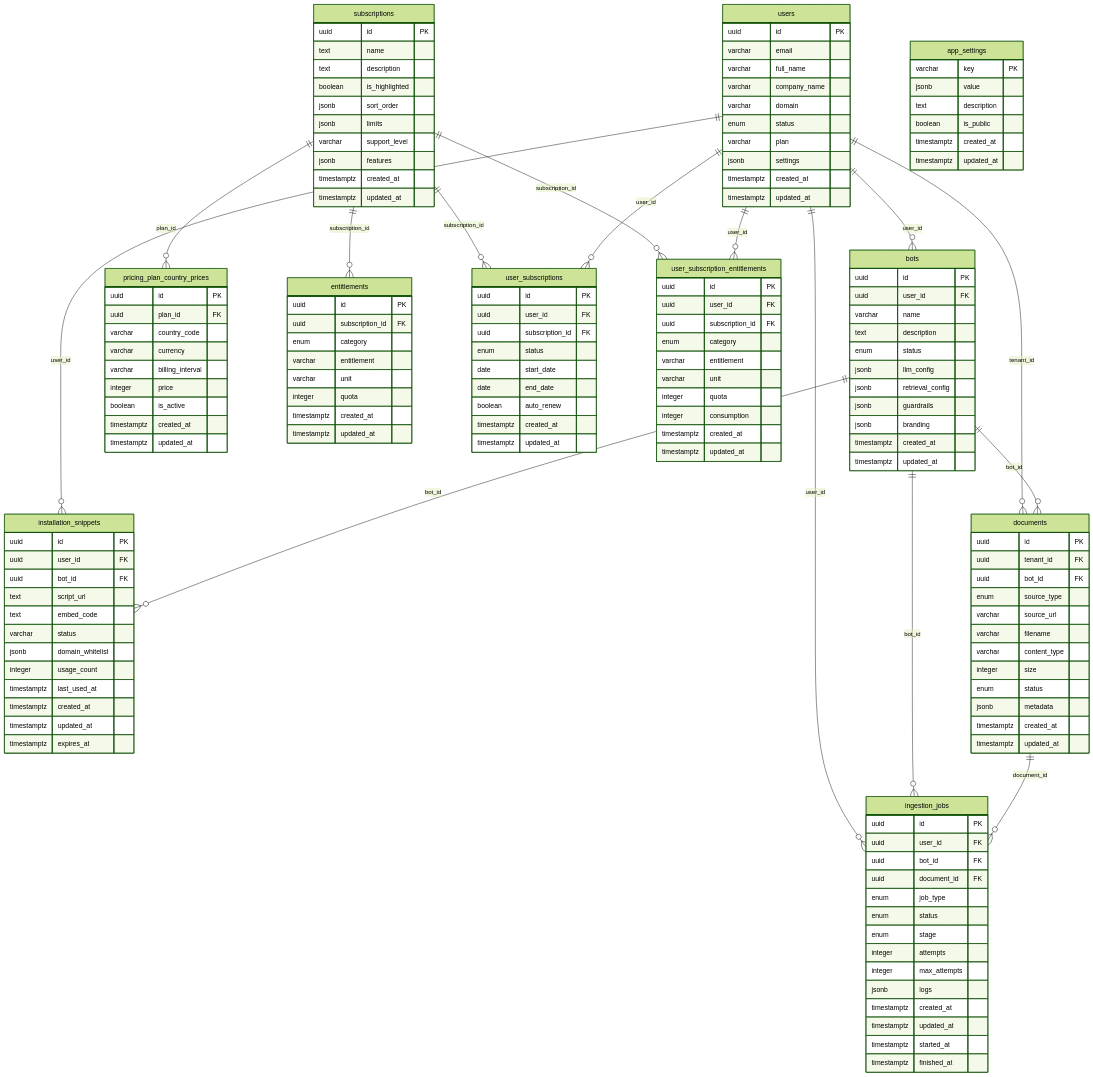
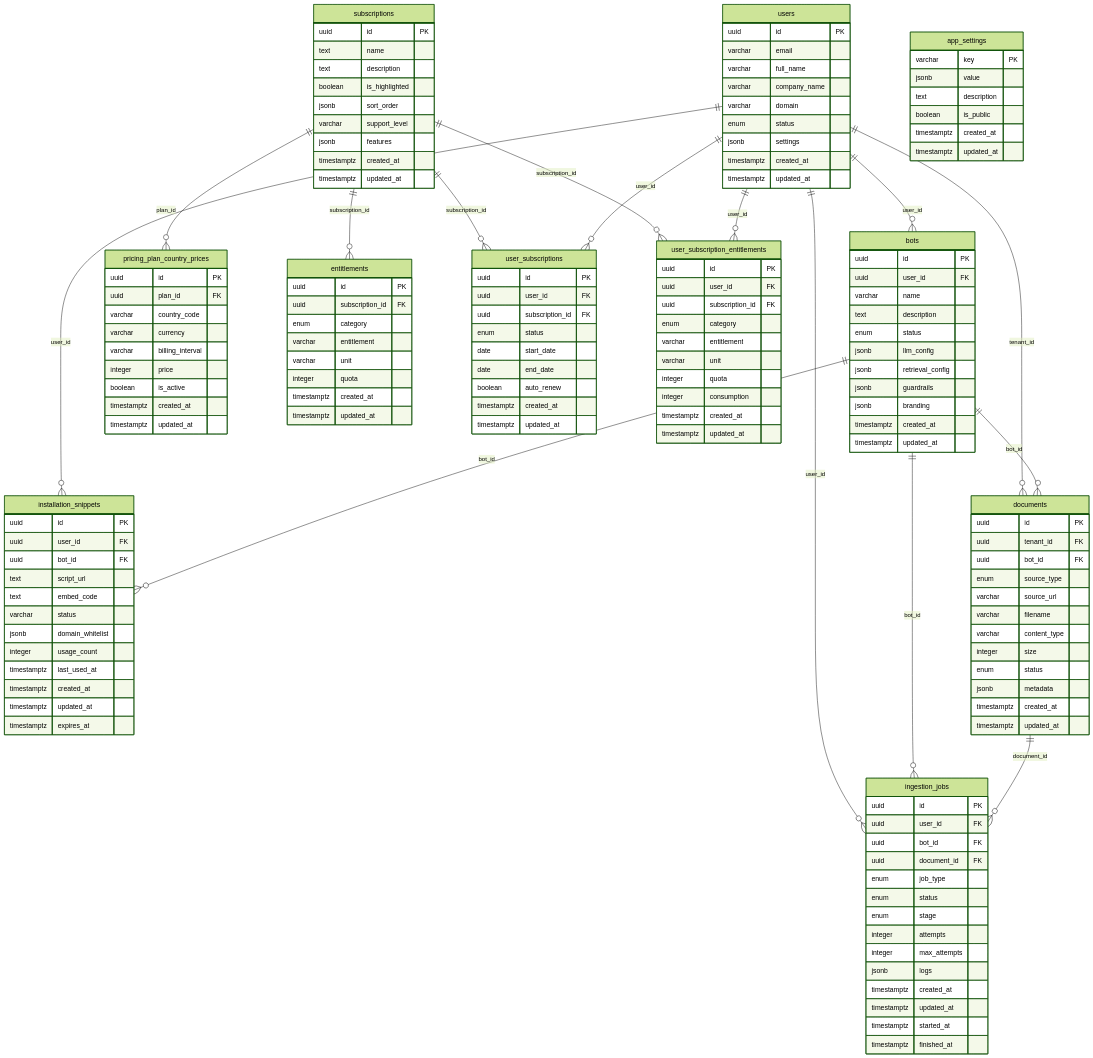
One commit to Jathin04Jan/Multi-Tenant-SaaS-Chatbot-Platform changed the diagram in backend/docs/SCHEMA_DIAGRAM.md. Above: the diagram before and after it, drawn with Mermaid (forest theme). The commit also changed 12 other files, not shown here.

Commit message:
removed plan from user tablble and limits from subscription table

```diff
--- a/backend/docs/SCHEMA_DIAGRAM.md
+++ b/backend/docs/SCHEMA_DIAGRAM.md
@@ -32,7 +32,6 @@
         varchar company_name
         varchar domain
         enum status
-        varchar plan
         jsonb settings
         timestamptz created_at
         timestamptz updated_at
@@ -88,7 +87,6 @@
         text description
         boolean is_highlighted
         jsonb sort_order
-        jsonb limits
         varchar support_level
         jsonb features
         timestamptz created_at
```
